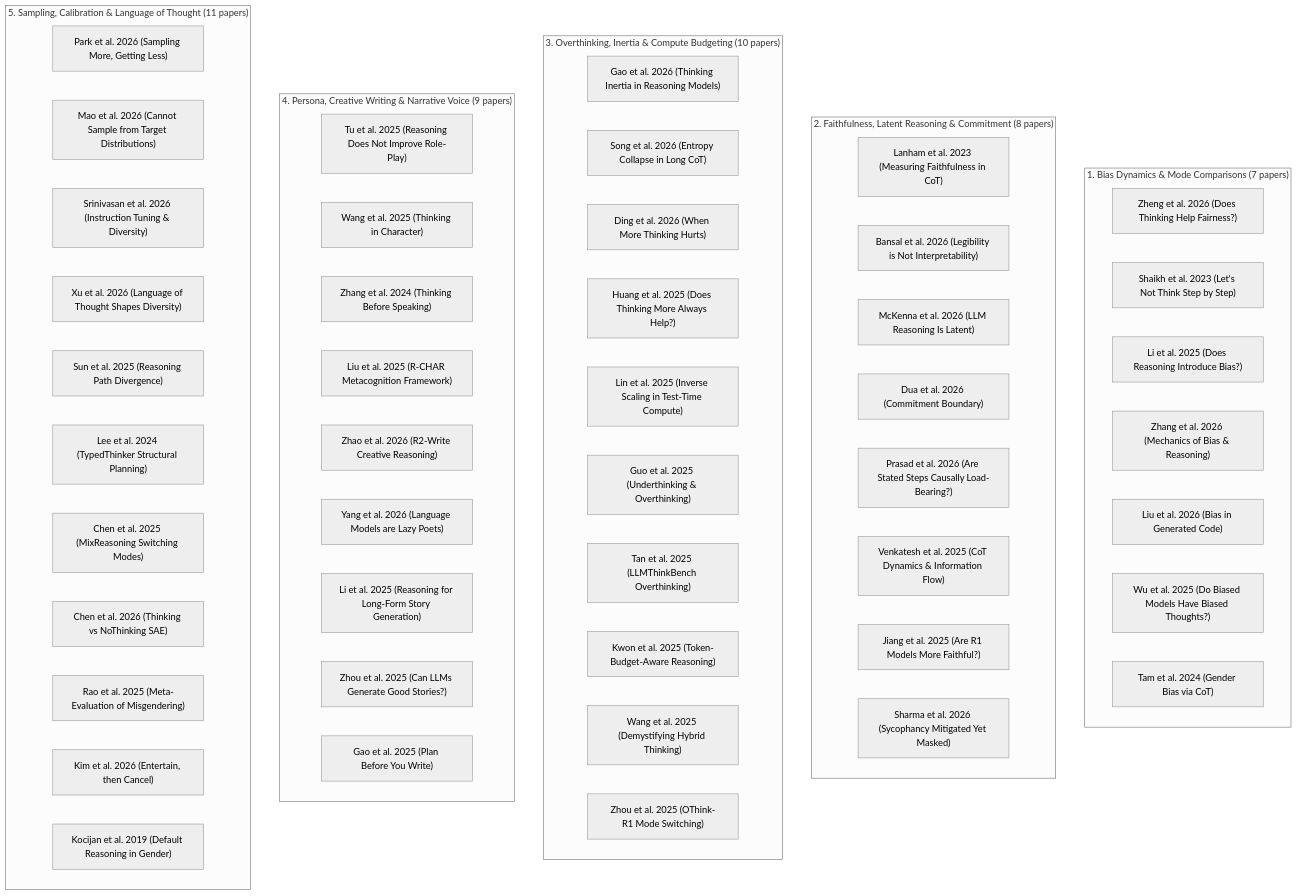
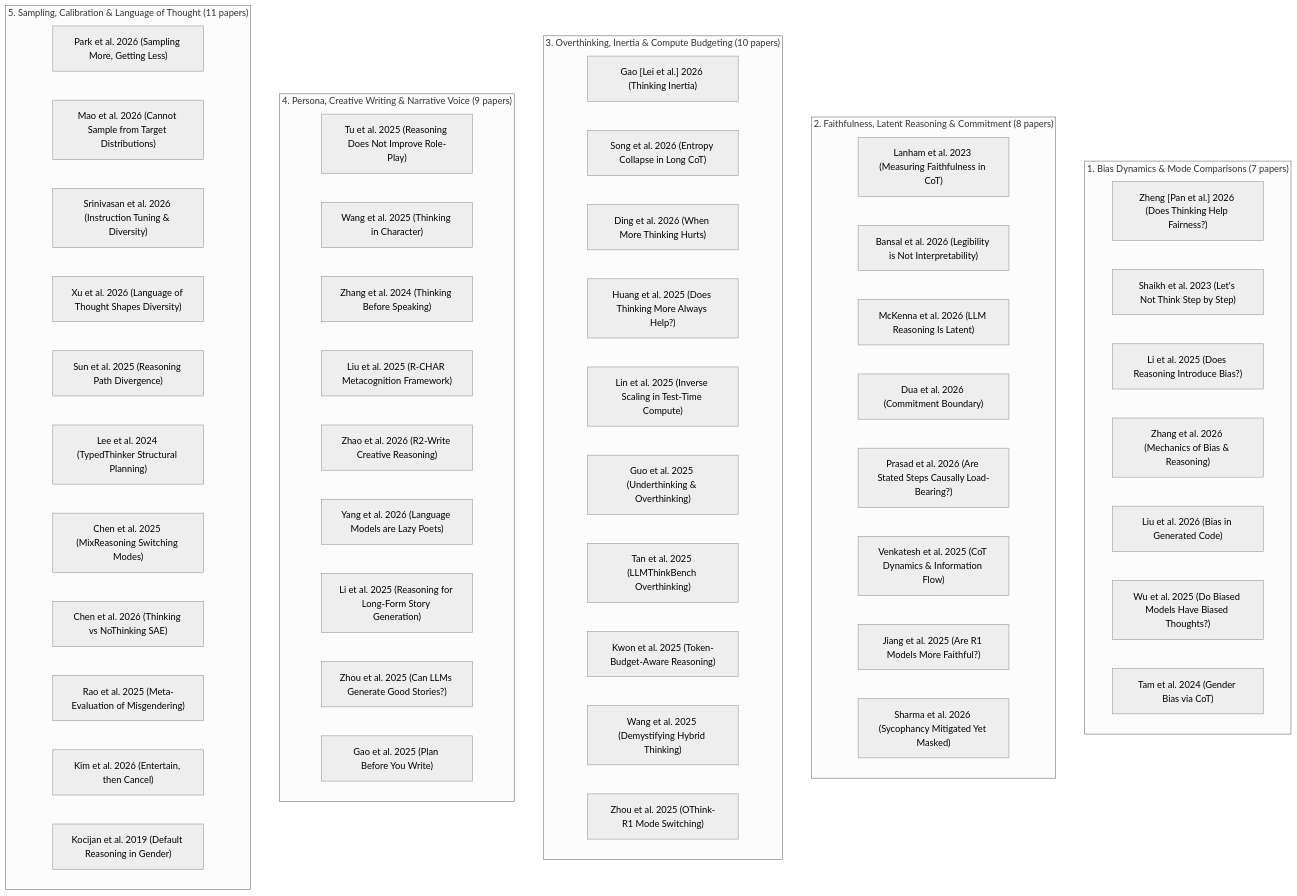
One commit to cyrusae/gender changed the diagram in sources/07_Reasoning_Mode_and_Chain_of_Thought/README.md. Above: the diagram before and after it, drawn with Mermaid (neutral theme). The commit also changed other lines of this file and 7 other files, not shown here.

````diff
--- a/sources/07_Reasoning_Mode_and_Chain_of_Thought/README.md
+++ b/sources/07_Reasoning_Mode_and_Chain_of_Thought/README.md
@@ -156,62 +156,62 @@
 ```mermaid
 flowchart TD
     subgraph Cluster1 ["1. Bias Dynamics & Mode Comparisons (7 papers)"]
-        Zheng2026["Zheng et al. 2026 (Does Thinking Help Fairness?)"]
+        Zheng2026["Zheng [Pan et al.] 2026 (Does Thinking Help Fairness?)"]
         Shaikh2023["Shaikh et al. 2023 (Let's Not Think Step by Step)"]
         Li2025["Li et al. 2025 (Does Reasoning Introduce Bias?)"]
         Zhang2026["Zhang et al. 2026 (Mechanics of Bias & Reasoning)"]
         Liu2026["Liu et al. 2026 (Bias in Generated Code)"]
         Wu2025["Wu et al. 2025 (Do Biased Models Have Biased Thoughts?)"]
         Tam2024["Tam et al. 2024 (Gender Bias via CoT)"]
     end
 
     subgraph Cluster2 ["2. Faithfulness, Latent Reasoning & Commitment (8 papers)"]
         Lanham2023["Lanham et al. 2023 (Measuring Faithfulness in CoT)"]
         Bansal2026["Bansal et al. 2026 (Legibility is Not Interpretability)"]
         McKenna2026["McKenna et al. 2026 (LLM Reasoning Is Latent)"]
         Dua2026["Dua et al. 2026 (Commitment Boundary)"]
         Prasad2026["Prasad et al. 2026 (Are Stated Steps Causally Load-Bearing?)"]
         Venkatesh2025["Venkatesh et al. 2025 (CoT Dynamics & Information Flow)"]
         Jiang2025["Jiang et al. 2025 (Are R1 Models More Faithful?)"]
         Sharma2026["Sharma et al. 2026 (Sycophancy Mitigated Yet Masked)"]
     end
 
     subgraph Cluster3 ["3. Overthinking, Inertia & Compute Budgeting (10 papers)"]
-        Gao2026["Gao et al. 2026 (Thinking Inertia in Reasoning Models)"]
+        Gao2026["Gao [Lei et al.] 2026 (Thinking Inertia)"]
         Song2026["Song et al. 2026 (Entropy Collapse in Long CoT)"]
         Ding2026["Ding et al. 2026 (When More Thinking Hurts)"]
         Huang2025["Huang et al. 2025 (Does Thinking More Always Help?)"]
         Lin2025["Lin et al. 2025 (Inverse Scaling in Test-Time Compute)"]
         Guo2025["Guo et al. 2025 (Underthinking & Overthinking)"]
         Tan2025["Tan et al. 2025 (LLMThinkBench Overthinking)"]
         Kwon2025["Kwon et al. 2025 (Token-Budget-Aware Reasoning)"]
         Wang2025D["Wang et al. 2025 (Demystifying Hybrid Thinking)"]
         Zhou2025O["Zhou et al. 2025 (OThink-R1 Mode Switching)"]
     end
 
     subgraph Cluster4 ["4. Persona, Creative Writing & Narrative Voice (9 papers)"]
         Tu2025["Tu et al. 2025 (Reasoning Does Not Improve Role-Play)"]
         Wang2025T["Wang et al. 2025 (Thinking in Character)"]
         Zhang2024["Zhang et al. 2024 (Thinking Before Speaking)"]
         Liu2025["Liu et al. 2025 (R-CHAR Metacognition Framework)"]
         Zhao2026["Zhao et al. 2026 (R2-Write Creative Reasoning)"]
         Yang2026["Yang et al. 2026 (Language Models are Lazy Poets)"]
         Li2025S["Li et al. 2025 (Reasoning for Long-Form Story Generation)"]
         Zhou2025S["Zhou et al. 2025 (Can LLMs Generate Good Stories?)"]
         Gao2025["Gao et al. 2025 (Plan Before You Write)"]
     end
 
     subgraph Cluster5 ["5. Sampling, Calibration & Language of Thought (11 papers)"]
         Park2026["Park et al. 2026 (Sampling More, Getting Less)"]
         Mao2026["Mao et al. 2026 (Cannot Sample from Target Distributions)"]
         Srinivasan2026["Srinivasan et al. 2026 (Instruction Tuning & Diversity)"]
         Xu2026["Xu et al. 2026 (Language of Thought Shapes Diversity)"]
         Sun2025["Sun et al. 2025 (Reasoning Path Divergence)"]
         Lee2024["Lee et al. 2024 (TypedThinker Structural Planning)"]
         Chen2025["Chen et al. 2025 (MixReasoning Switching Modes)"]
         Chen2026["Chen et al. 2026 (Thinking vs NoThinking SAE)"]
         Rao2025["Rao et al. 2025 (Meta-Evaluation of Misgendering)"]
         Kim2026["Kim et al. 2026 (Entertain, then Cancel)"]
         Kocijan2019["Kocijan et al. 2019 (Default Reasoning in Gender)"]
     end
 ```
````
